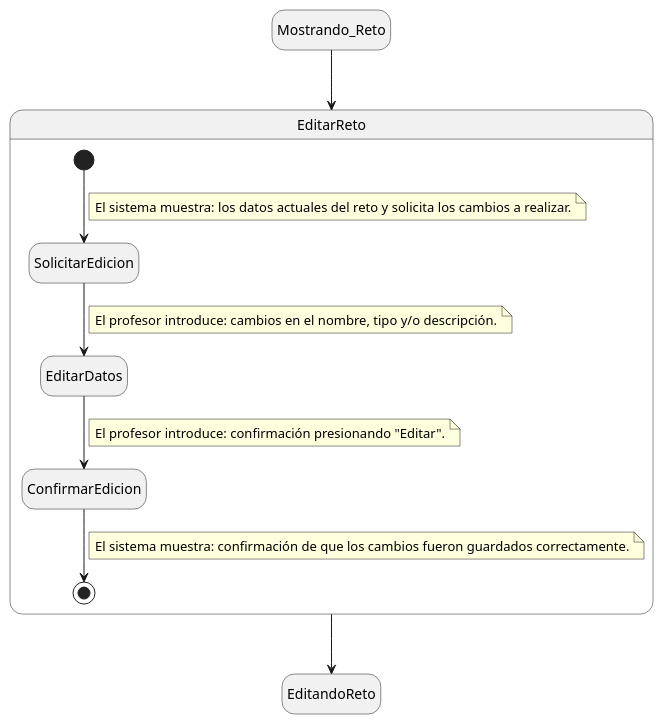
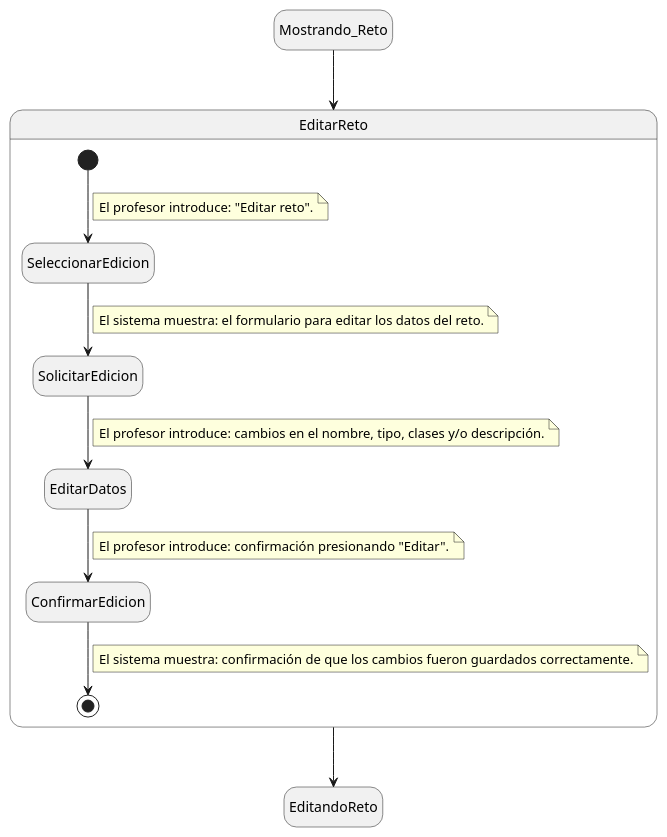
The diagram in Documentos/DetallarCasosDeUso/Profesor/EditarReto.puml (mmasias/24-25-IdSw1-SDR), drawn with PlantUML before and after one commit. The commit also changed 1 other file, not shown here.

Commit message:
Editar Reto

```diff
--- a/Documentos/DetallarCasosDeUso/Profesor/EditarReto.puml
+++ b/Documentos/DetallarCasosDeUso/Profesor/EditarReto.puml
@@ -1,32 +1,37 @@
 @startuml EditarReto
 hide empty description
 
 state Mostrando_Reto
 state EditandoReto
 
 state EditarReto {
-  [*] --> SolicitarEdicion
+  [*] --> SeleccionarEdicion
+    note on link
+        El profesor introduce: "Editar reto".
+    end note
+  
+  SeleccionarEdicion --> SolicitarEdicion
   note on link
-      El sistema muestra: los datos actuales del reto y solicita los cambios a realizar.
+      El sistema muestra: el formulario para editar los datos del reto.
   end note
 
   SolicitarEdicion --> EditarDatos
   note on link
-      El profesor introduce: cambios en el nombre, tipo y/o descripción.
+      El profesor introduce: cambios en el nombre, tipo, clases y/o descripción.
   end note
 
   EditarDatos --> ConfirmarEdicion
   note on link
       El profesor introduce: confirmación presionando "Editar".
   end note
 
   ConfirmarEdicion --> [*]
   note on link
       El sistema muestra: confirmación de que los cambios fueron guardados correctamente.
   end note
 }
 
 Mostrando_Reto --> EditarReto
 EditarReto --> EditandoReto
 
 @enduml
```
